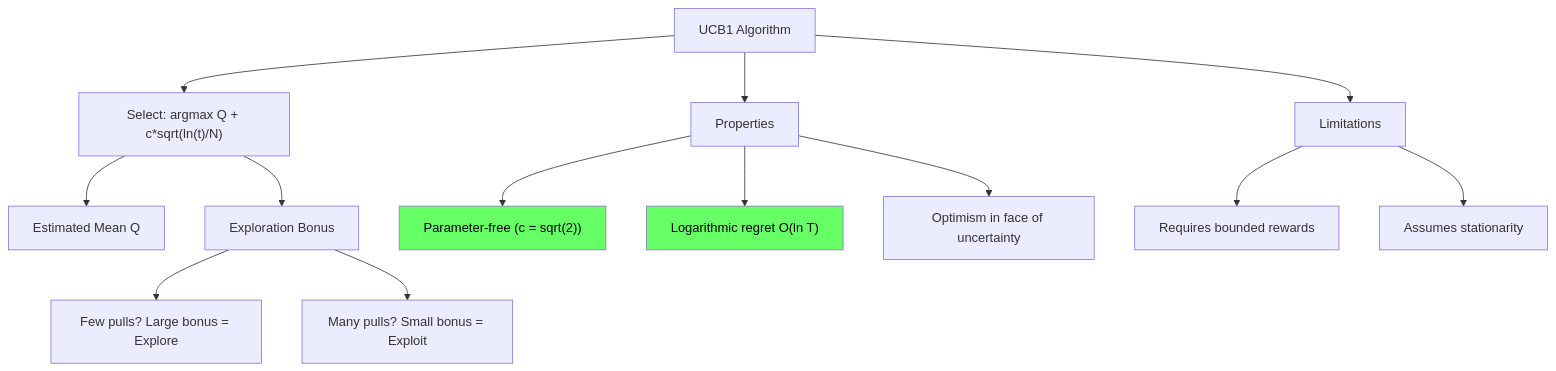
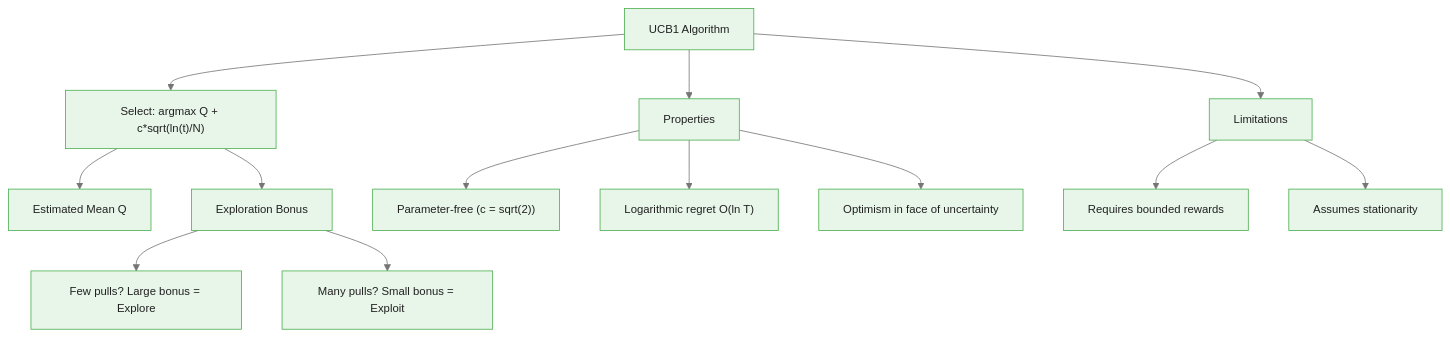
Before and after one commit to m-deane/course-creator: the fourth of 4 diagrams in courses/multi-armed-bandits-ab-testing/modules/module_01_bandit_algorithms/guides/02_upper_confidence_bound_slides.md, drawn with Mermaid. The commit also changed other lines of this file and 146 other files, not shown here.

````diff
--- a/courses/multi-armed-bandits-ab-testing/modules/module_01_bandit_algorithms/guides/02_upper_confidence_bound_slides.md
+++ b/courses/multi-armed-bandits-ab-testing/modules/module_01_bandit_algorithms/guides/02_upper_confidence_bound_slides.md
@@ -362,21 +407,19 @@
 ```mermaid
+%%{init: {"theme": "base", "themeVariables": {"primaryColor": "#e8f5e9", "primaryBorderColor": "#4caf50", "primaryTextColor": "#212121", "secondaryColor": "#e3f2fd", "tertiaryColor": "#fff8e1", "lineColor": "#757575", "fontFamily": "Inter, sans-serif", "fontSize": "14px"}}}%%
 flowchart TD
     UCB["UCB1 Algorithm"] --> Sel["Select: argmax Q + c*sqrt(ln(t)/N)"]
     Sel --> Mean["Estimated Mean Q"]
     Sel --> Bonus["Exploration Bonus"]
 
     Bonus --> LowN["Few pulls? Large bonus = Explore"]
     Bonus --> HighN["Many pulls? Small bonus = Exploit"]
 
     UCB --> Props["Properties"]
     Props --> PF["Parameter-free (c = sqrt(2))"]
     Props --> LR["Logarithmic regret O(ln T)"]
     Props --> Opt["Optimism in face of uncertainty"]
 
     UCB --> Limits["Limitations"]
     Limits --> Bound["Requires bounded rewards"]
     Limits --> Stat["Assumes stationarity"]
-
-    style LR fill:#6f6,color:#000
-    style PF fill:#6f6,color:#000
 ```
````
